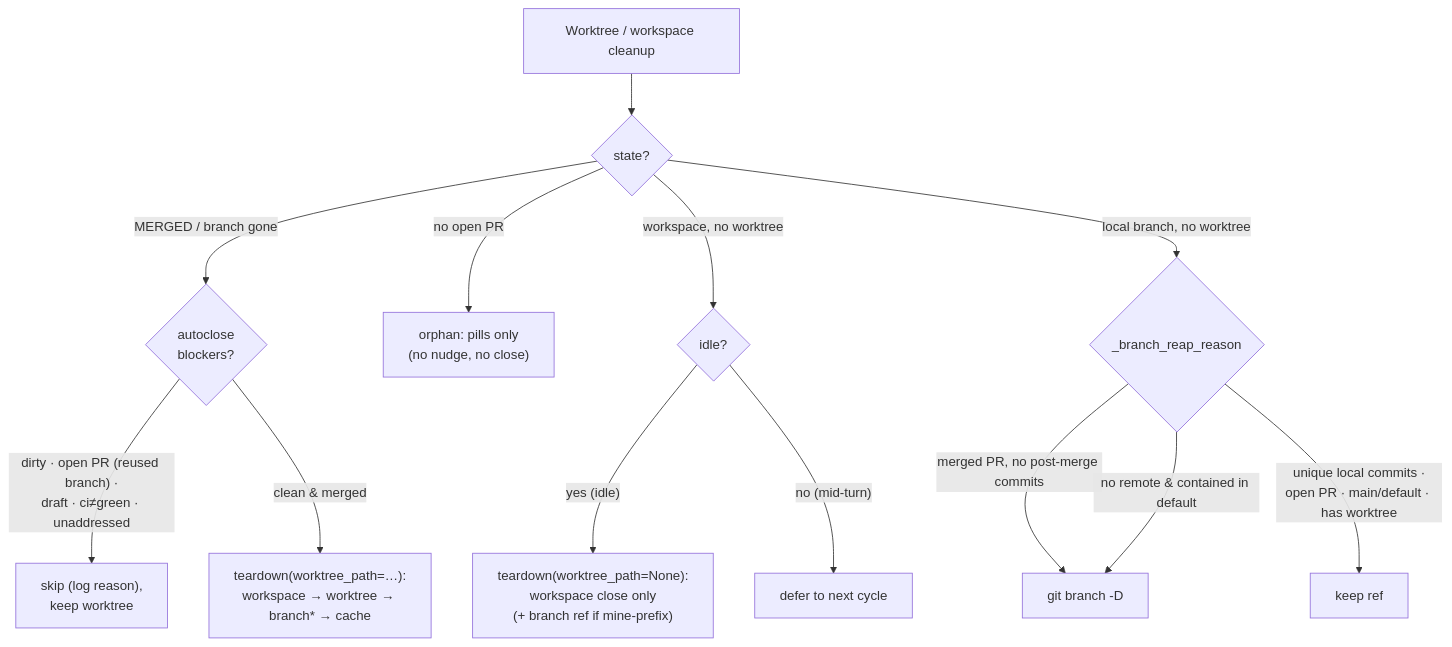
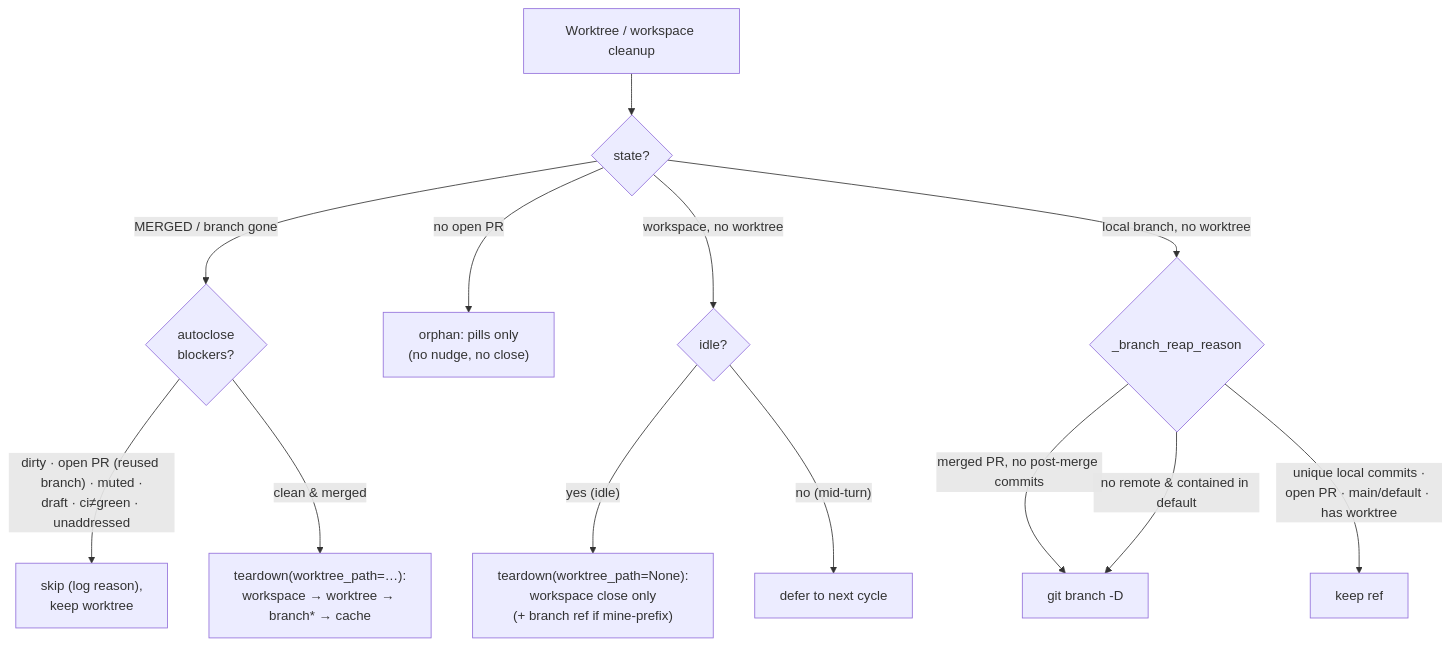
The third of 5 diagrams in docs/state-machine.md (khivi/cockpit), drawn with Mermaid before and after one commit. The commit also changed 6 other files, not shown here.

Commit message:
fix(cycle): muted PR holds its worktree against autoclose (#581)

````diff
--- a/docs/state-machine.md
+++ b/docs/state-machine.md
@@ -181,19 +181,19 @@
 ```mermaid
 flowchart TD
   C["Worktree / workspace cleanup"] --> K{"state?"}
 
   K -->|"MERGED / branch gone"| AC{"autoclose<br/>blockers?"}
-  AC -->|"dirty · open PR (reused branch) ·<br/>draft · ci≠green · unaddressed"| SK["skip (log reason),<br/>keep worktree"]
+  AC -->|"dirty · open PR (reused branch) · muted ·<br/>draft · ci≠green · unaddressed"| SK["skip (log reason),<br/>keep worktree"]
   AC -->|"clean & merged"| TD["teardown(worktree_path=…):<br/>workspace → worktree → branch* → cache"]
 
   K -->|"no open PR"| OP["orphan: pills only<br/>(no nudge, no close)"]
 
   K -->|"workspace, no worktree"| RP{"idle?"}
   RP -->|"yes (idle)"| EN["teardown(worktree_path=None):<br/>workspace close only<br/>(+ branch ref if mine-prefix)"]
   RP -->|"no (mid-turn)"| DF["defer to next cycle"]
 
   K -->|"local branch, no worktree"| BR{"_branch_reap_reason"}
   BR -->|"merged PR, no post-merge commits"| BD["git branch -D"]
   BR -->|"no remote & contained in default"| BD
   BR -->|"unique local commits ·<br/>open PR · main/default · has worktree"| BK["keep ref"]
 ```
````
